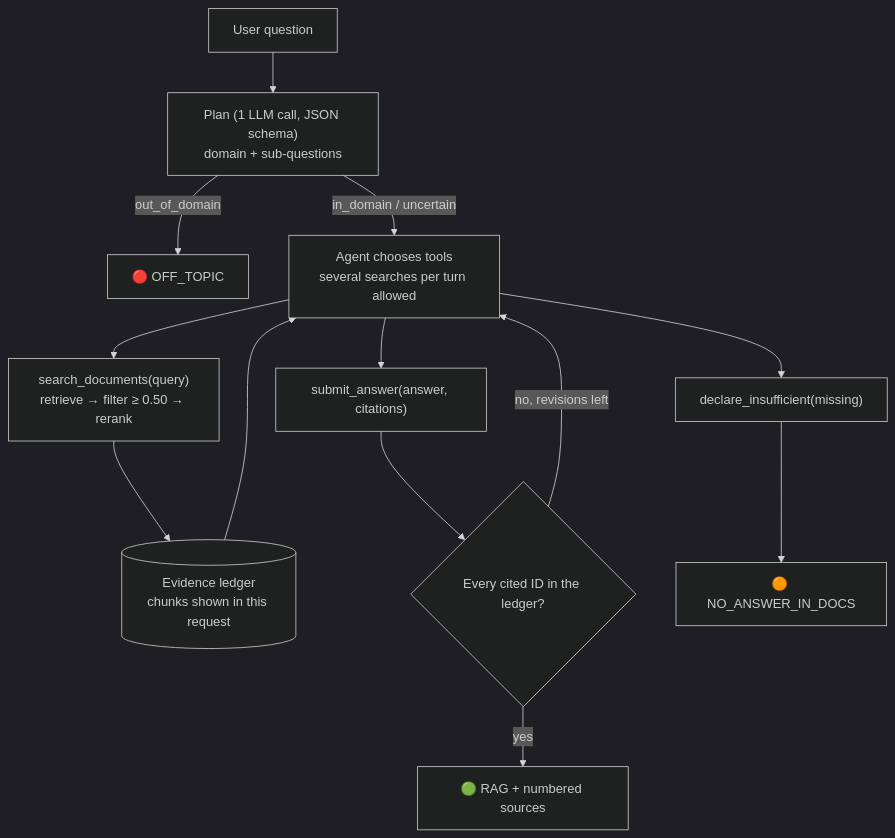
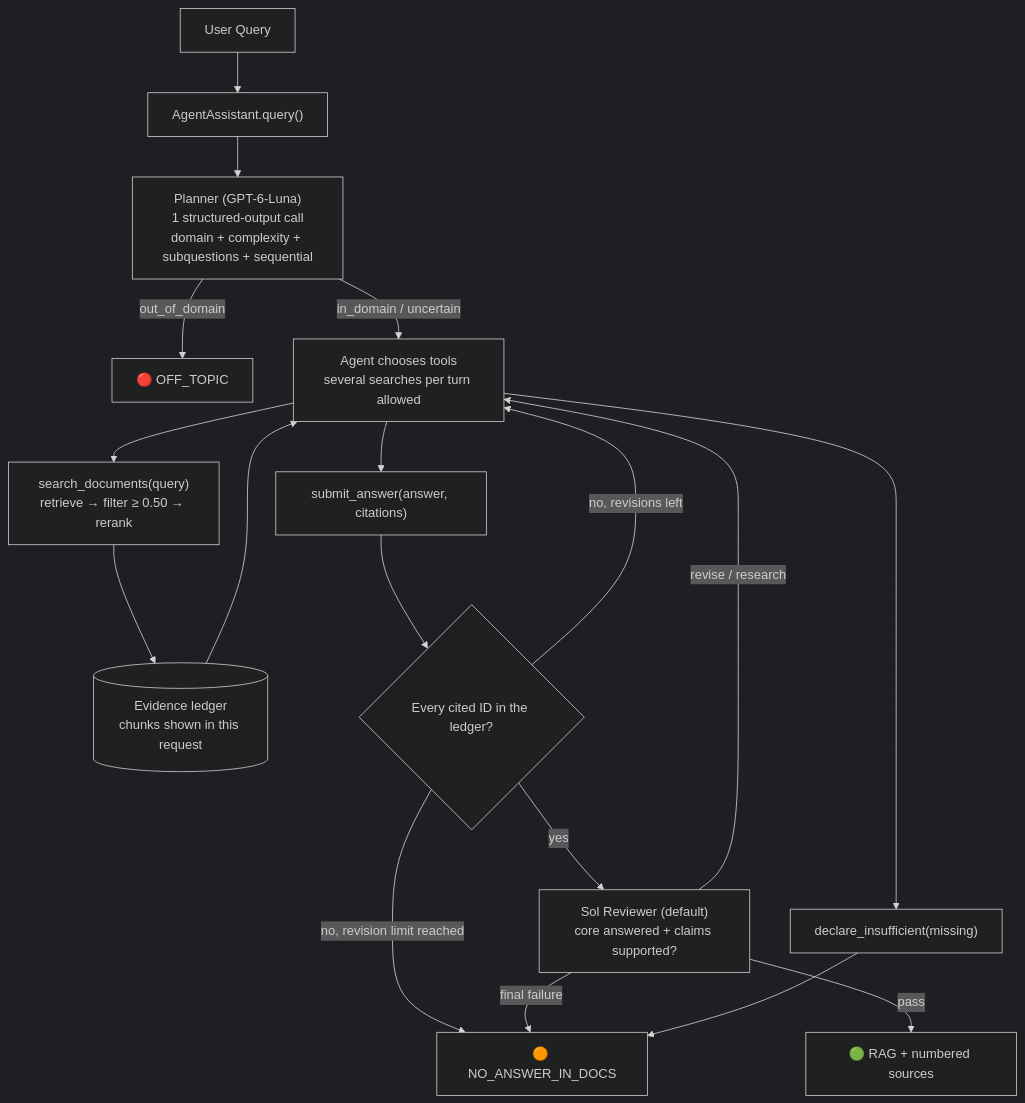
The second of 2 diagrams in README.md (ChangYeongJeong1103/oled-assistant), drawn with Mermaid (dark theme) before and after one commit. The commit also changed other lines of this file and 23 other files, not shown here.

Commit message:
Make the project agent-only: remove workflow mode, rename rag_engine to retrieval, update docs and demo

````diff
--- a/README.md
+++ b/README.md
@@ -187,14 +161,19 @@
 ```mermaid
 graph TD
-    Q[User question] --> Plan["Plan (1 LLM call, JSON schema)<br/>domain + sub-questions"]
+    Q[User Query] --> Runtime["AgentAssistant.query()"]
+    Runtime --> Plan["Planner (GPT-6-Luna)<br/>1 structured-output call<br/>domain + complexity + subquestions + sequential"]
     Plan -->|out_of_domain| Off[🔴 OFF_TOPIC]
     Plan -->|in_domain / uncertain| LLM[Agent chooses tools<br/>several searches per turn allowed]
     LLM --> S["search_documents(query)<br/>retrieve → filter ≥ 0.50 → rerank"]
     S --> Ledger[(Evidence ledger<br/>chunks shown in this request)]
     Ledger --> LLM
     LLM --> Sub["submit_answer(answer, citations)"]
     Sub --> V{Every cited ID in the ledger?}
     V -->|no, revisions left| LLM
-    V -->|yes| RAG[🟢 RAG + numbered sources]
+    V -->|no, revision limit reached| NA
+    V -->|yes| Review["Sol Reviewer (default)<br/>core answered + claims supported?"]
+    Review -->|pass| RAG[🟢 RAG + numbered sources]
+    Review -->|revise / research| LLM
+    Review -->|final failure| NA
     LLM --> D["declare_insufficient(missing)"] --> NA[🟠 NO_ANSWER_IN_DOCS]
 ```
````
